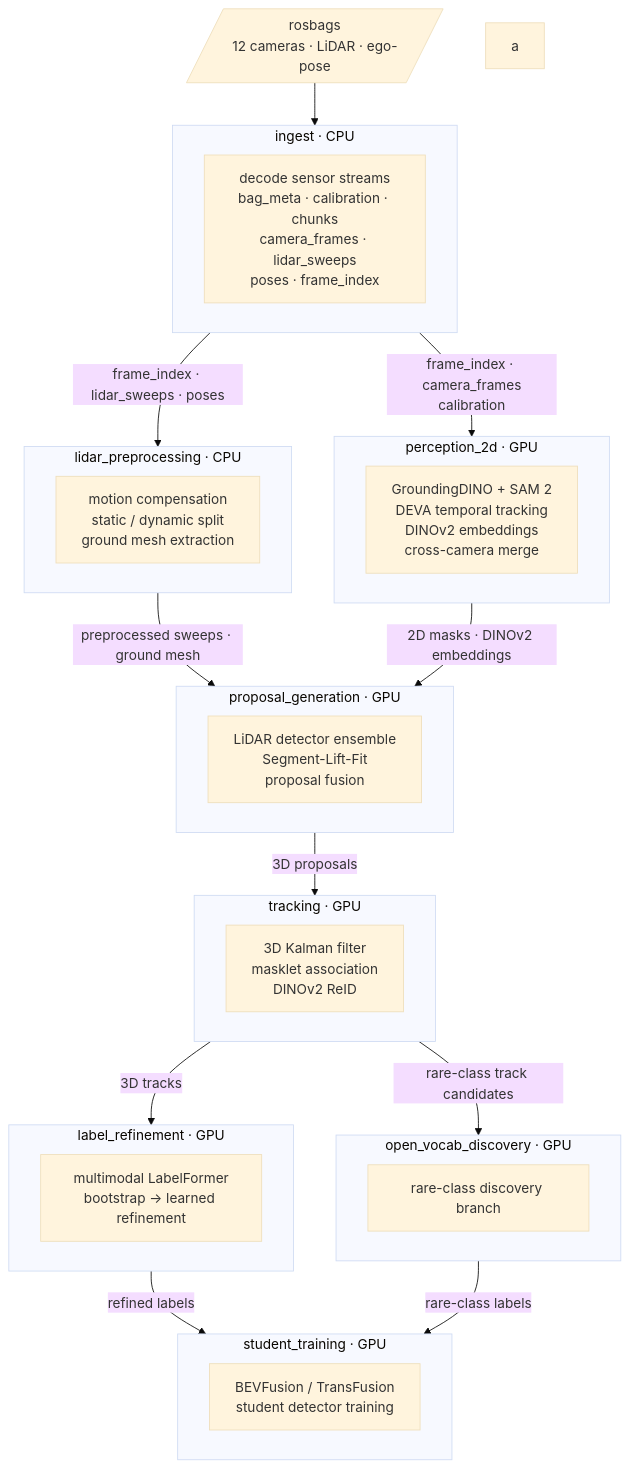
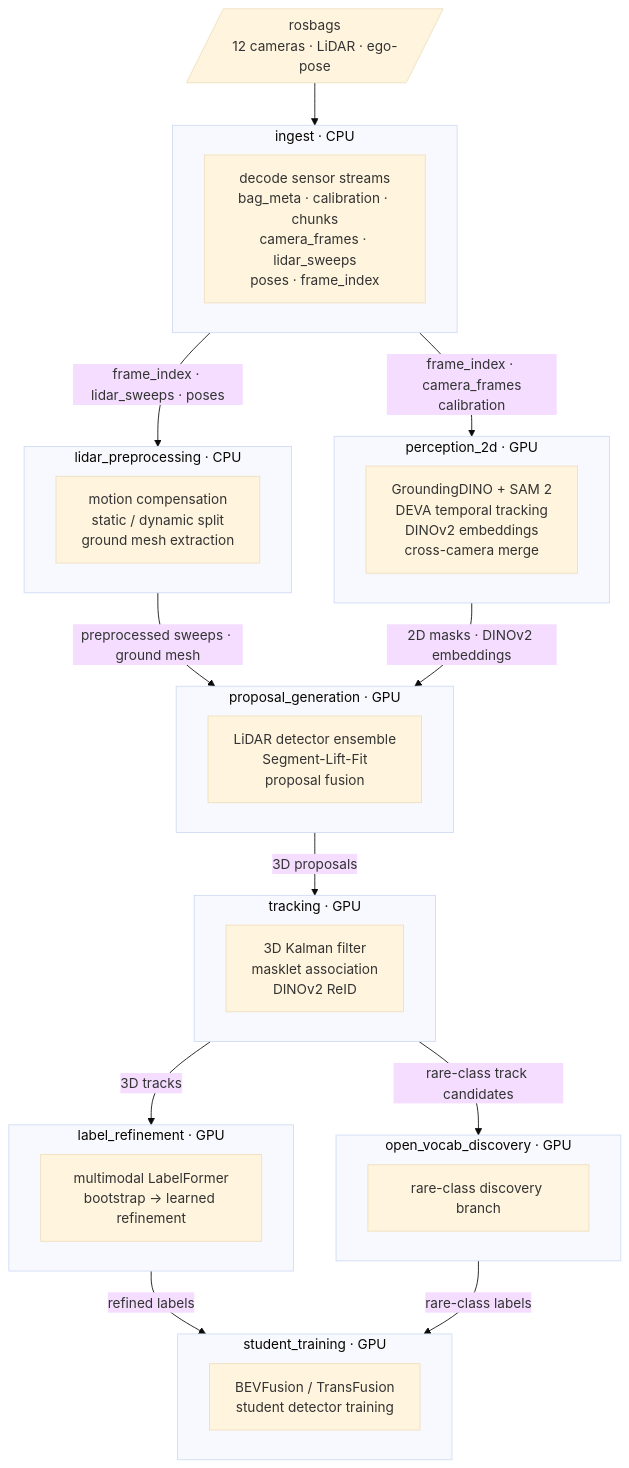
Before and after one commit to WATonomous/wato_world: the diagram in README.md, drawn with Mermaid (base theme). The commit also changed 5 other files, not shown here.

````diff
--- a/README.md
+++ b/README.md
@@ -9,47 +9,47 @@
 ```mermaid
 flowchart TD
     BAG[/"rosbags\n12 cameras · LiDAR · ego-pose"/]
 
     subgraph ingest["ingest  ·  CPU"]
         I["decode sensor streams\nbag_meta · calibration · chunks\ncamera_frames · lidar_sweeps\nposes · frame_index"]
     end
-a
+    
     subgraph lidar_prep["lidar_preprocessing  ·  CPU"]
         LP["motion compensation\nstatic / dynamic split\nground mesh extraction"]
     end
 
     subgraph perception_2d["perception_2d  ·  GPU"]
         P2["GroundingDINO + SAM 2\nDEVA temporal tracking\nDINOv2 embeddings\ncross-camera merge"]
     end
 
     subgraph proposal_gen["proposal_generation  ·  GPU"]
         PG["LiDAR detector ensemble\nSegment-Lift-Fit\nproposal fusion"]
     end
 
     subgraph tracking["tracking  ·  GPU"]
         TR["3D Kalman filter\nmasklet association\nDINOv2 ReID"]
     end
 
     subgraph label_ref["label_refinement  ·  GPU"]
         LR["multimodal LabelFormer\nbootstrap → learned refinement"]
     end
 
     subgraph ovd["open_vocab_discovery  ·  GPU"]
         OV["rare-class discovery branch"]
     end
 
     subgraph student["student_training  ·  GPU"]
         ST["BEVFusion / TransFusion\nstudent detector training"]
     end
 
     BAG --> ingest
     ingest -- "frame_index · camera_frames\ncalibration" --> perception_2d
     ingest -- "frame_index · lidar_sweeps · poses" --> lidar_prep
     lidar_prep -- "preprocessed sweeps · ground mesh" --> proposal_gen
     perception_2d -- "2D masks · DINOv2 embeddings" --> proposal_gen
     proposal_gen -- "3D proposals" --> tracking
     tracking -- "3D tracks" --> label_ref
     tracking -- "rare-class track candidates" --> ovd
     label_ref -- "refined labels" --> student
     ovd -- "rare-class labels" --> student
 ```
````
